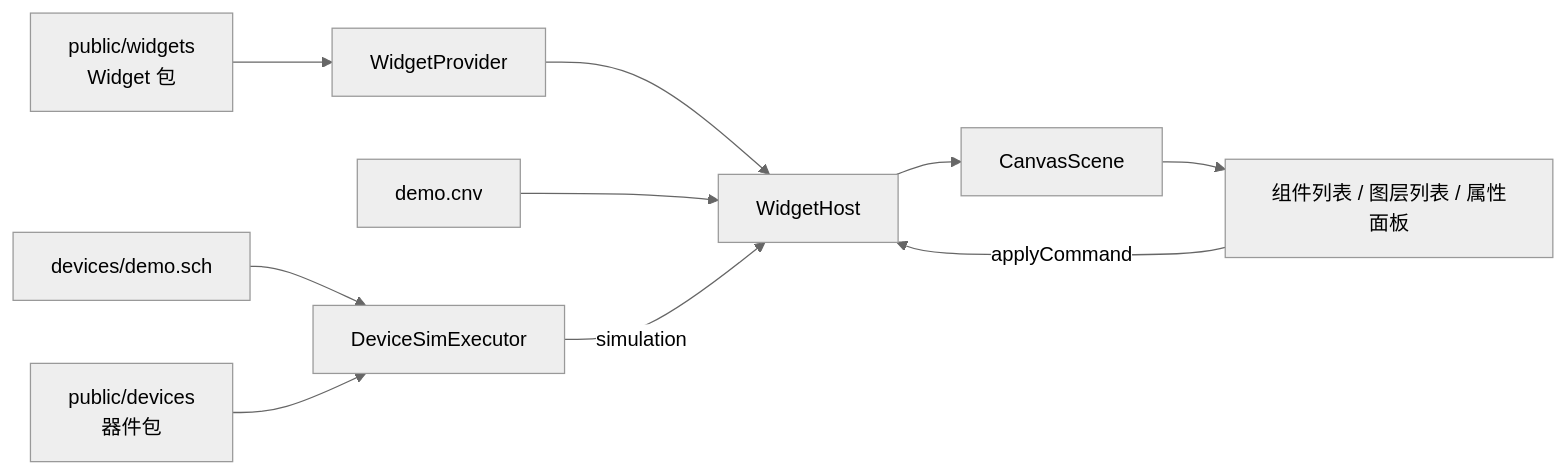
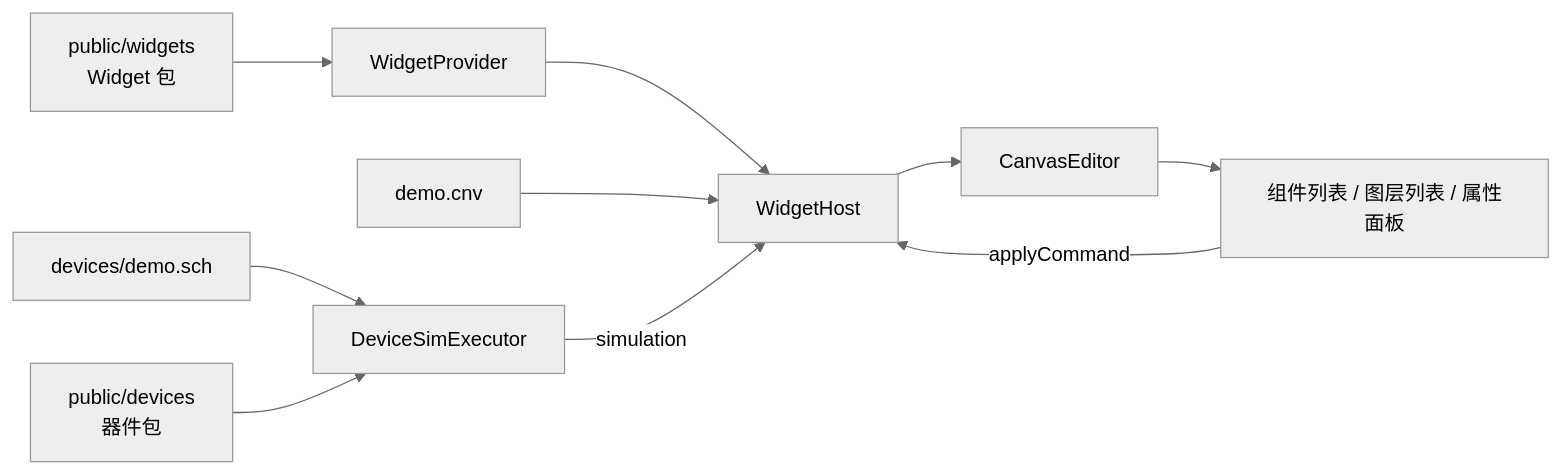
Before and after one commit to x-botlab/mica-js: the diagram in apps/playground/README.md, drawn with Mermaid (neutral theme). The commit also changed other lines of this file and 11 other files, not shown here.

First line of the commit message:
refactor(canvas-editor): merge scene into editor

````diff
--- a/apps/playground/README.md
+++ b/apps/playground/README.md
@@ -49,12 +49,12 @@
 ```mermaid
 flowchart LR
   pkg["public/widgets<br/>Widget 包"] --> provider["WidgetProvider"]
   provider --> host["WidgetHost"]
   cnv["demo.cnv"] --> host
   sch["devices/demo.sch"] --> sim["DeviceSimExecutor"]
   dev["public/devices<br/>器件包"] --> sim
-  host --> scene["CanvasScene"]
+  host --> scene["CanvasEditor"]
   sim -->|"simulation"| host
   scene --> ui["组件列表 / 图层列表 / 属性面板"]
   ui -->|"applyCommand"| host
 ```
````
